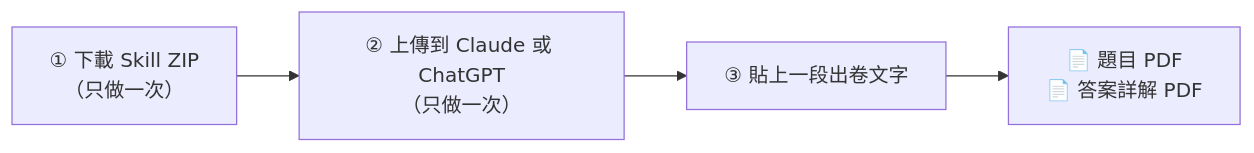
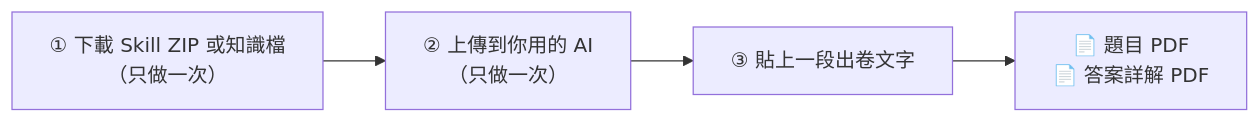
One commit to niansia/taiwan-exam changed the diagram in README.md. Above: the diagram before and after it, drawn with Mermaid. The commit also changed other lines of this file and 8 other files, not shown here.

````diff
--- a/README.md
+++ b/README.md
@@ -34,4 +35,4 @@
 ```mermaid
 flowchart LR
-  A["① 下載 Skill ZIP<br>（只做一次）"] --> B["② 上傳到 Claude 或 ChatGPT<br>（只做一次）"] --> C["③ 貼上一段出卷文字"] --> D["📄 題目 PDF<br>📄 答案詳解 PDF"]
+  A["① 下載 Skill ZIP 或知識檔<br>（只做一次）"] --> B["② 上傳到你用的 AI<br>（只做一次）"] --> C["③ 貼上一段出卷文字"] --> D["📄 題目 PDF<br>📄 答案詳解 PDF"]
 ```
````
